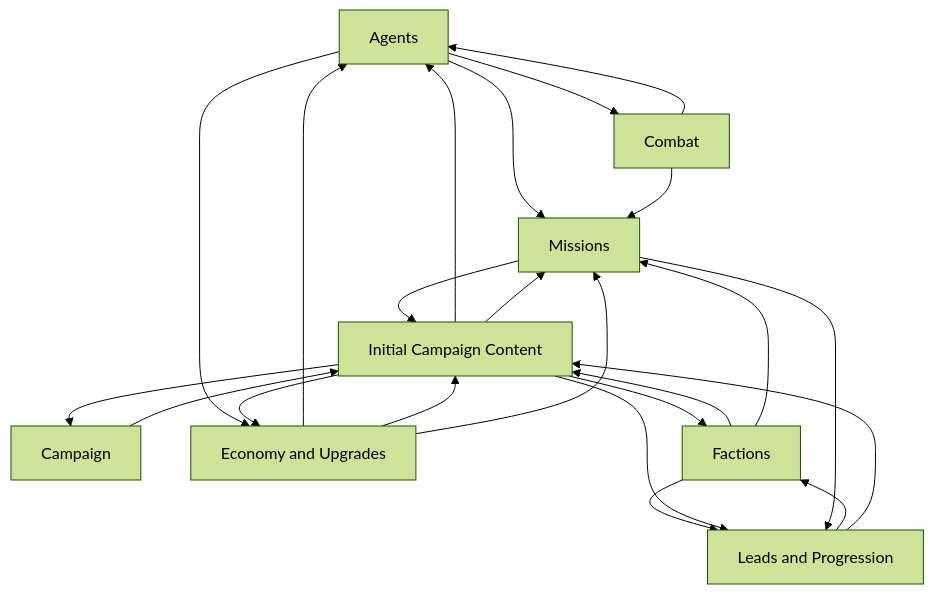
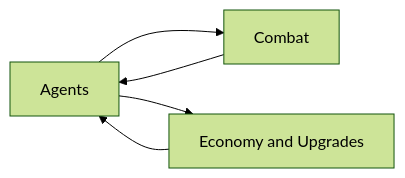
Before and after one commit to konrad-jamrozik/game-v5: the first of 5 diagrams in docs/spec-relationship-cycles.md, drawn with Mermaid (forest theme). The commit also changed other lines of this file and 34 other files, not shown here.

First line of the commit message:
Clean up Domain Model; retire Initial Campaign Content and Campaign specs

````diff
--- a/docs/spec-relationship-cycles.md
+++ b/docs/spec-relationship-cycles.md
@@ -38,19 +32,7 @@
 ```mermaid
-flowchart TD
-  AGENT[Agents]
-  CAMP[Campaign]
-  COMBAT[Combat]
-  ECON[Economy and Upgrades]
-  FACTION[Factions]
-  INIT[Initial Campaign Content]
-  LEAD[Leads and Progression]
-  MISSION[Missions]
-  AGENT --> COMBAT & ECON & MISSION
-  CAMP --> INIT
-  COMBAT --> AGENT & MISSION
-  ECON --> AGENT & INIT & MISSION
-  FACTION --> INIT & LEAD & MISSION
-  INIT --> AGENT & CAMP & ECON & FACTION & LEAD & MISSION
-  LEAD --> FACTION & INIT
-  MISSION --> INIT & LEAD
+flowchart LR
+  AGENT[Agents] --> COMBAT[Combat]
+  AGENT --> ECON[Economy and Upgrades]
+  COMBAT --> AGENT
+  ECON --> AGENT
 ```
````
